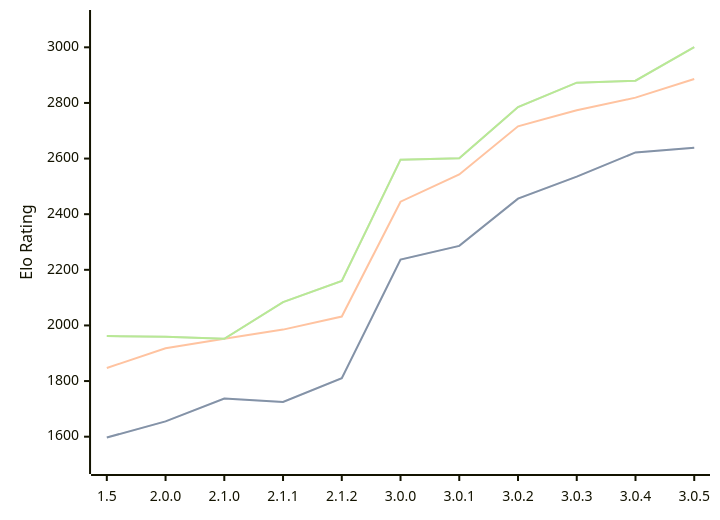
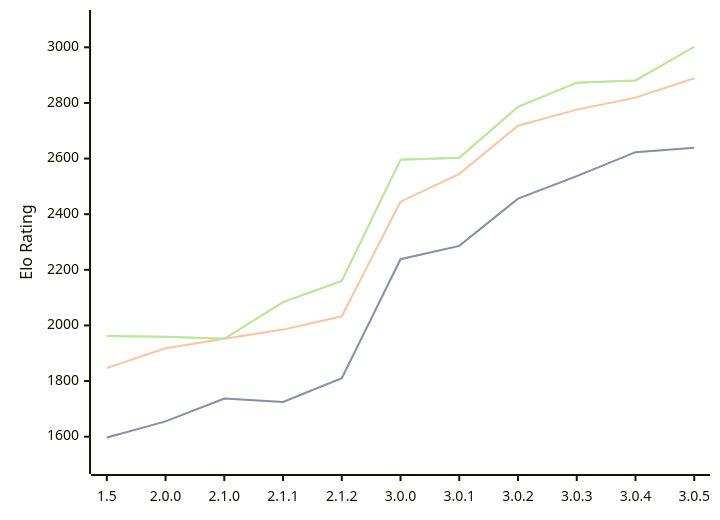
The diagram in engines/Rudim.md (computer-chess-index/cci), drawn with Mermaid before and after one commit. The commit also changed other lines of this file, not shown here.

Commit message:
Update CCI Ratings (ELO VLTC) - 2026-09-08

````diff
--- a/engines/Rudim.md
+++ b/engines/Rudim.md
@@ -45,11 +45,11 @@
 ```mermaid
 %%{init: {"theme":"base","themeVariables":{"seriesColors:['#a3a3a3','#222221','#faa371']}}}%%
 xychart-beta
   x-axis ["1.5", "2.0.0", "2.1.0", "2.1.1", "2.1.2", "3.0.0", "3.0.1", "3.0.2", "3.0.3", "3.0.4", "3.0.5"]
   y-axis "Elo Rating" 1500 --> 3100
-  line "" [1597, 1655, 1737, 1725, 1810, 2237, 2286, 2456, 2535, 2622, 2639]
-  line "STC (8.0+0.08s)" [1597, 1655, 1737, 1725, 1810, 2237, 2286, 2456, 2535, 2622, 2639]
-  line "LTC (60.0+0.60s)" [1847, 1918, 1952, 1985, 2032, 2445, 2543, 2716, 2774, 2819, 2886]
-  line "" [1962, 1959, 1952, 2084, 2160, 2596, 2601, 2785, 2873, 2880, 3001]
-  line "VLTC (2m24s+1.12s)" [1962, 1959, 1952, 2084, 2160, 2596, 2601, 2785, 2873, 2880, 3001]
+  line "" [1597, 1655, 1737, 1725, 1810, 2238, 2286, 2456, 2537, 2623, 2639]
+  line "STC (8.0+0.08s)" [1597, 1655, 1737, 1725, 1810, 2238, 2286, 2456, 2537, 2623, 2639]
+  line "LTC (60.0+0.60s)" [1847, 1918, 1952, 1985, 2033, 2445, 2545, 2718, 2776, 2819, 2889]
+  line "" [1962, 1959, 1952, 2084, 2160, 2596, 2603, 2786, 2873, 2881, 3002]
+  line "VLTC (2m24s+1.12s)" [1962, 1959, 1952, 2084, 2160, 2596, 2603, 2786, 2873, 2881, 3002]
 ```
````
